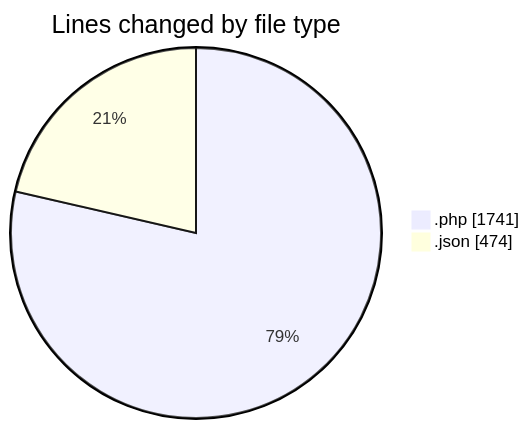
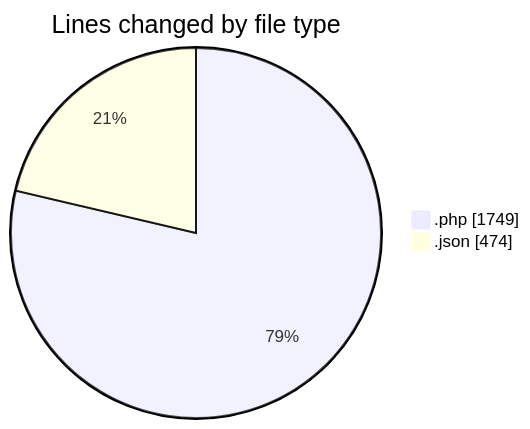
Before and after one commit to idhammustaqopulfikri/code-tracking: the first of 2 diagrams in 2025-06-22/studio-backend/README.md, drawn with Mermaid. The commit also changed other lines of this file and 1 other file, not shown here.

````diff
--- a/2025-06-22/studio-backend/README.md
+++ b/2025-06-22/studio-backend/README.md
@@ -28,6 +28,6 @@
 ```mermaid
 pie showData
 title Lines changed by file type
-".php" : 1741
+".php" : 1749
 ".json" : 474
 ```
````
